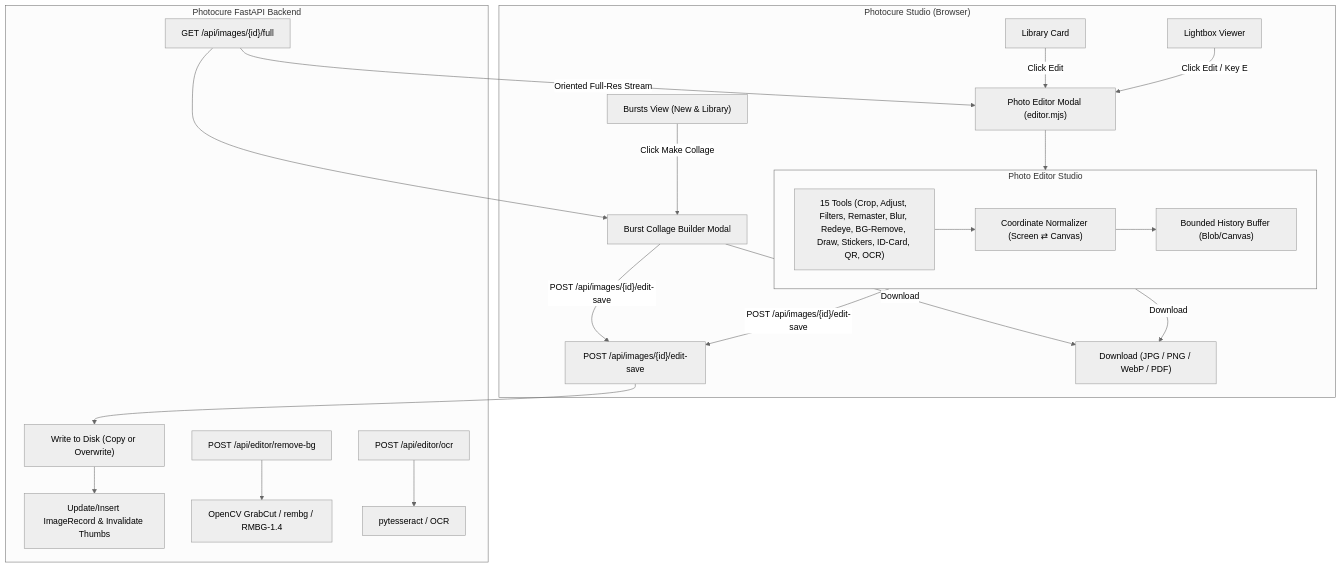
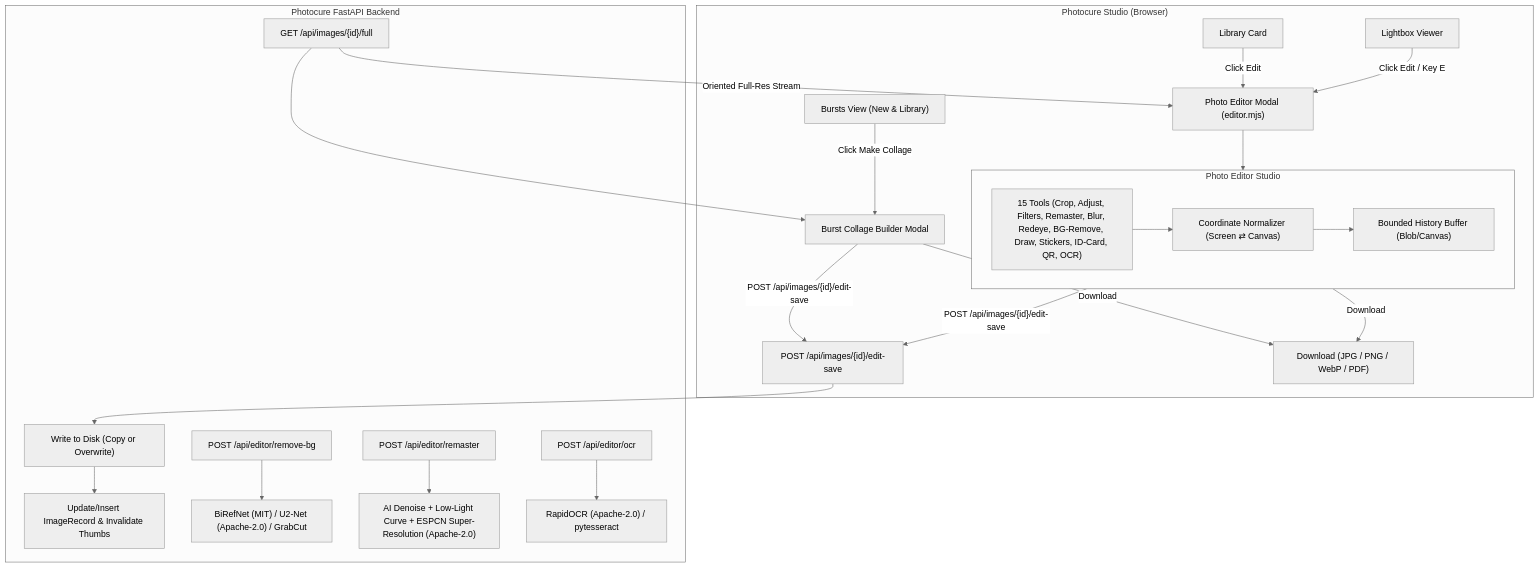
Before and after one commit to safiyu/photocure: the diagram in docs/implementation_plan.md, drawn with Mermaid (neutral theme). The commit also changed other lines of this file and 6 other files, not shown here.

Commit message:
feat(editor): add BiRefNet (MIT) bg removal, 3-stage AI remaster chain, and RapidOCR (Apache-2.0)

````diff
--- a/docs/implementation_plan.md
+++ b/docs/implementation_plan.md
@@ -29,30 +29,31 @@
 ```mermaid
 flowchart TD
     subgraph UI["Photocure Studio (Browser)"]
         LibCard["Library Card"] -->|"Click Edit"| PhotoEditor["Photo Editor Modal (editor.mjs)"]
         Lightbox["Lightbox Viewer"] -->|"Click Edit / Key E"| PhotoEditor
         BurstView["Bursts View (New & Library)"] -->|"Click Make Collage"| BurstCollage["Burst Collage Builder Modal"]
 
         subgraph EditorCore["Photo Editor Studio"]
             Tools["15 Tools (Crop, Adjust, Filters, Remaster, Blur, Redeye, BG-Remove, Draw, Stickers, ID-Card, QR, OCR)"]
             CoordNorm["Coordinate Normalizer (Screen ⇄ Canvas)"]
             UndoStack["Bounded History Buffer (Blob/Canvas)"]
             Tools --> CoordNorm --> UndoStack
         end
 
         PhotoEditor --> EditorCore
         EditorCore -->|"POST /api/images/{id}/edit-save"| BackendSave
         BurstCollage -->|"POST /api/images/{id}/edit-save"| BackendSave
         EditorCore -->|"Download"| LocalDownload["Download (JPG / PNG / WebP / PDF)"]
         BurstCollage -->|"Download"| LocalDownload
     end
 
     subgraph Backend["Photocure FastAPI Backend"]
         OrientedImage["GET /api/images/{id}/full"] -->|"Oriented Full-Res Stream"| PhotoEditor
         OrientedImage --> BurstCollage
         BackendSave["POST /api/images/{id}/edit-save"] --> WriteDisk["Write to Disk (Copy or Overwrite)"]
         WriteDisk --> DB["Update/Insert ImageRecord & Invalidate Thumbs"]
-        BGRemove["POST /api/editor/remove-bg"] --> AISeg["OpenCV GrabCut / rembg / RMBG-1.4"]
-        OCR["POST /api/editor/ocr"] --> AITess["pytesseract / OCR"]
+        BGRemove["POST /api/editor/remove-bg"] --> AISeg["BiRefNet (MIT) / U2-Net (Apache-2.0) / GrabCut"]
+        Remaster["POST /api/editor/remaster"] --> AIRem["AI Denoise + Low-Light Curve + ESPCN Super-Resolution (Apache-2.0)"]
+        OCR["POST /api/editor/ocr"] --> AITess["RapidOCR (Apache-2.0) / pytesseract"]
     end
 ```
````
